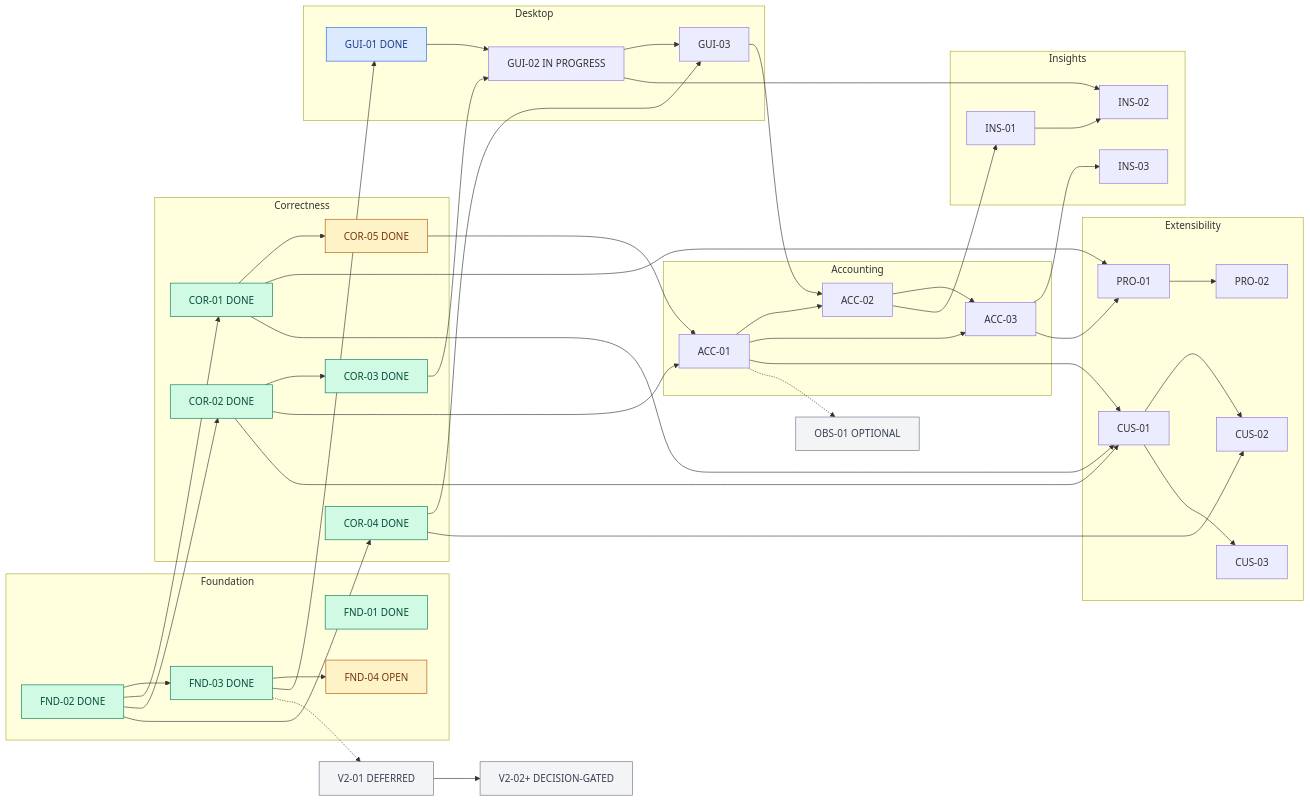
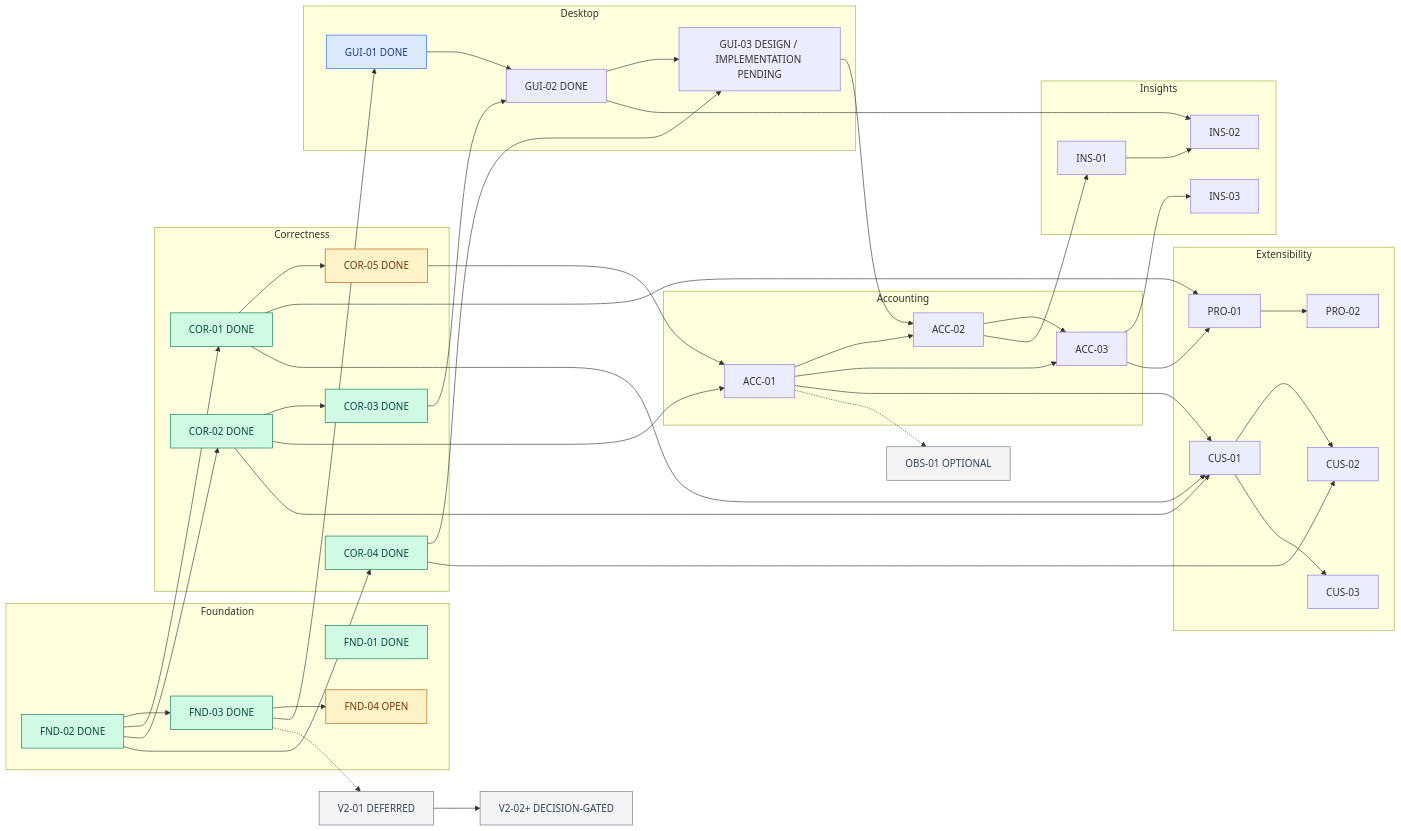
Before and after one commit to thanhndv212/opencode-quota: the second of 2 diagrams in UPSTREAM_DELIVERY_PLAN.md, drawn with Mermaid. The commit also changed other lines of this file and 3 other files, not shown here.

Commit message:
docs(gui): record refresh delivery and next history runtime design (#42)

````diff
--- a/UPSTREAM_DELIVERY_PLAN.md
+++ b/UPSTREAM_DELIVERY_PLAN.md
@@ -178,58 +178,58 @@
 ```mermaid
 flowchart LR
   subgraph Foundation
     F01["FND-01 DONE"]
     F02["FND-02 DONE"] --> F03["FND-03 DONE"]
     F03 --> F04["FND-04 OPEN"]
   end
   subgraph Correctness
     F02 --> C01["COR-01 DONE"]
     F02 --> C02["COR-02 DONE"]
     C02 --> C03["COR-03 DONE"]
     F02 --> C04["COR-04 DONE"]
     C01 --> C05["COR-05 DONE"]
   end
   subgraph Desktop
     F03 --> G01["GUI-01 DONE"]
-    G01 --> G02["GUI-02 IN PROGRESS"]
+    G01 --> G02["GUI-02 DONE"]
     C03 --> G02
-    G02 --> G03["GUI-03"]
+    G02 --> G03["GUI-03 DESIGN / IMPLEMENTATION PENDING"]
     C04 --> G03
   end
   subgraph Accounting
     C02 --> A01["ACC-01"]
     C05 --> A01
     A01 --> A02["ACC-02"]
     G03 --> A02
     A01 --> A03["ACC-03"]
     A02 --> A03
   end
   subgraph Insights
     A02 --> I01["INS-01"]
     I01 --> I02["INS-02"]
     G02 --> I02
     A03 --> I03["INS-03"]
   end
   subgraph Extensibility
     A03 --> P01["PRO-01"]
     C01 --> P01
     P01 --> P02["PRO-02"]
     A01 --> U01["CUS-01"]
     C01 --> U01
     C02 --> U01
     U01 --> U02["CUS-02"]
     C04 --> U02
     U01 --> U03["CUS-03"]
   end
   A01 -.-> O01["OBS-01 OPTIONAL"]
   F03 -.-> V01["V2-01 DEFERRED"]
   V01 --> V02["V2-02+ DECISION-GATED"]
   classDef done fill:#d1fae5,stroke:#047857,color:#064e3b;
   classDef active fill:#fef3c7,stroke:#b45309,color:#78350f;
   classDef ready fill:#dbeafe,stroke:#2563eb,color:#1e3a8a;
   classDef optional fill:#f3f4f6,stroke:#6b7280,color:#374151;
   class F01,F02,F03,C01,C02,C03,C04 done;
   class F04,C05 active;
   class G01 ready;
   class O01,V01,V02 optional;
 ```
````
